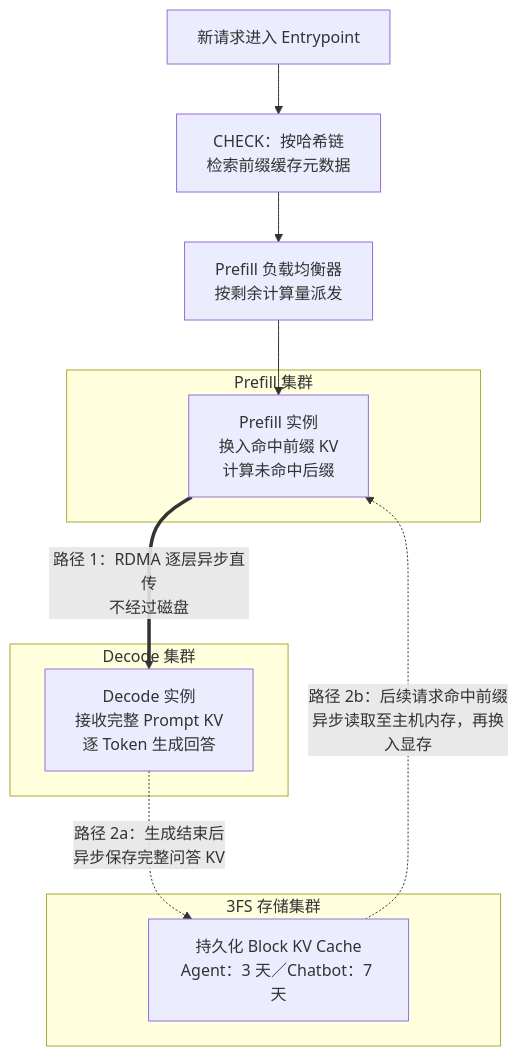
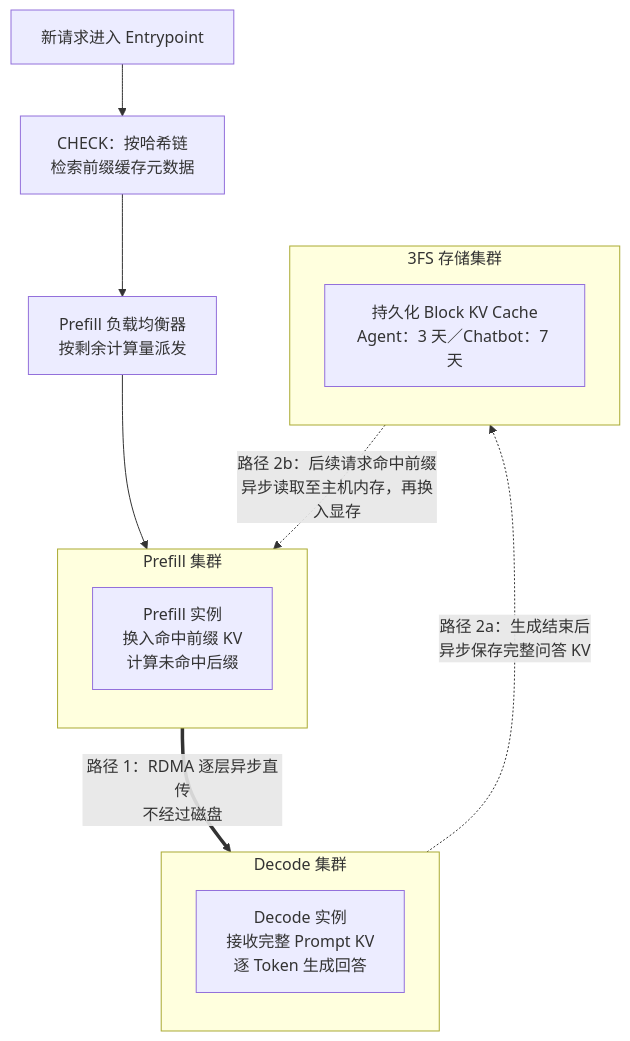
The fourth of 7 diagrams in content/blog/deepseek-pd-disaggregation-inference-architecture/index.mdx (David-Lolly/David-Lolly.github.io), drawn with Mermaid before and after one commit. The commit also changed other lines of this file, not shown here.

Commit message:
content(blog): 修复 PD 分离文章 Mermaid 子图标题显示
将混合部署与分离部署子图标题改为单行，提高状态流转图的层级间距，避免标题遮挡节点。

验证：浏览器实际渲染并目视检查 7 张图，节点无重叠，状态流转图标题间距为 5px。npm run build 已执行，Velite 成功，Next.js 编译阶段长时间无输出后中止，未确认完整构建通过。

````diff
--- a/content/blog/deepseek-pd-disaggregation-inference-architecture/index.mdx
+++ b/content/blog/deepseek-pd-disaggregation-inference-architecture/index.mdx
@@ -188,24 +188,28 @@
 ```mermaid
+%%{init: {"flowchart": {"rankSpacing": 52}}}%%
 flowchart TB
     Req["新请求进入 Entrypoint"]
     Check["CHECK：按哈希链<br/>检索前缀缓存元数据"]
     PLB["Prefill 负载均衡器<br/>按剩余计算量派发"]
 
     subgraph PPool["Prefill 集群"]
+        direction TB
         PInst["Prefill 实例<br/>换入命中前缀 KV<br/>计算未命中后缀"]
     end
 
     subgraph DPool["Decode 集群"]
+        direction TB
         DInst["Decode 实例<br/>接收完整 Prompt KV<br/>逐 Token 生成回答"]
     end
 
     subgraph StoragePool["3FS 存储集群"]
+        direction TB
         FS["持久化 Block KV Cache<br/>Agent：3 天／Chatbot：7 天"]
     end
 
     Req --> Check --> PLB --> PInst
 
     PInst == "路径 1：RDMA 逐层异步直传<br/>不经过磁盘" ==> DInst
     DInst -. "路径 2a：生成结束后<br/>异步保存完整问答 KV" .-> FS
     FS -. "路径 2b：后续请求命中前缀<br/>异步读取至主机内存，再换入显存" .-> PInst
 ```
````
